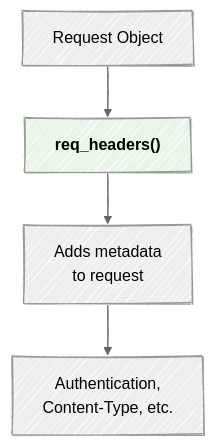
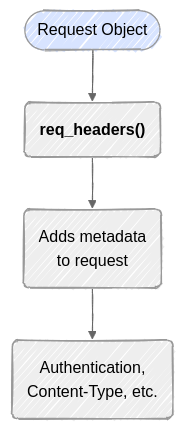
One commit to mjfrigaard/do4ds-labs changed the seventh of 10 diagrams in r-app-api.qmd. Above: the diagram before and after it, drawn with Mermaid. The commit also changed other lines of this file and 18 other files, not shown here.

````diff
--- a/r-app-api.qmd
+++ b/r-app-api.qmd
@@ -635,13 +616,13 @@
 ```{mermaid}
 %%| fig-width: 6.5
 %%| fig-align: center
 %%{init: {'theme': 'neutral', 'look': 'handDrawn', 'themeVariables': { 'fontFamily': 'monospace'}}}%%
 
 graph TD
-	A[Request Object] --> B["<strong>req_headers()</strong>"]
-	B --> C["Adds metadata<br>to request"]
-	C --> D["Authentication,<br>Content-Type, etc."]
+	A(["Request Object"]) --> B("<strong>req_headers()</strong>")
+	B --> C("Adds metadata<br>to request")
+	C --> D("Authentication,<br>Content-Type, etc.")
 
-style B fill:#e8f5e8
+style A fill:#d8e4ff
 
 ```
````
